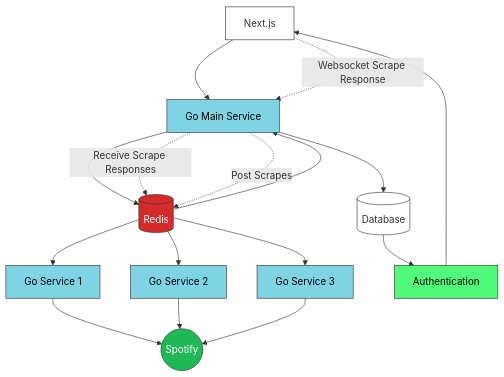
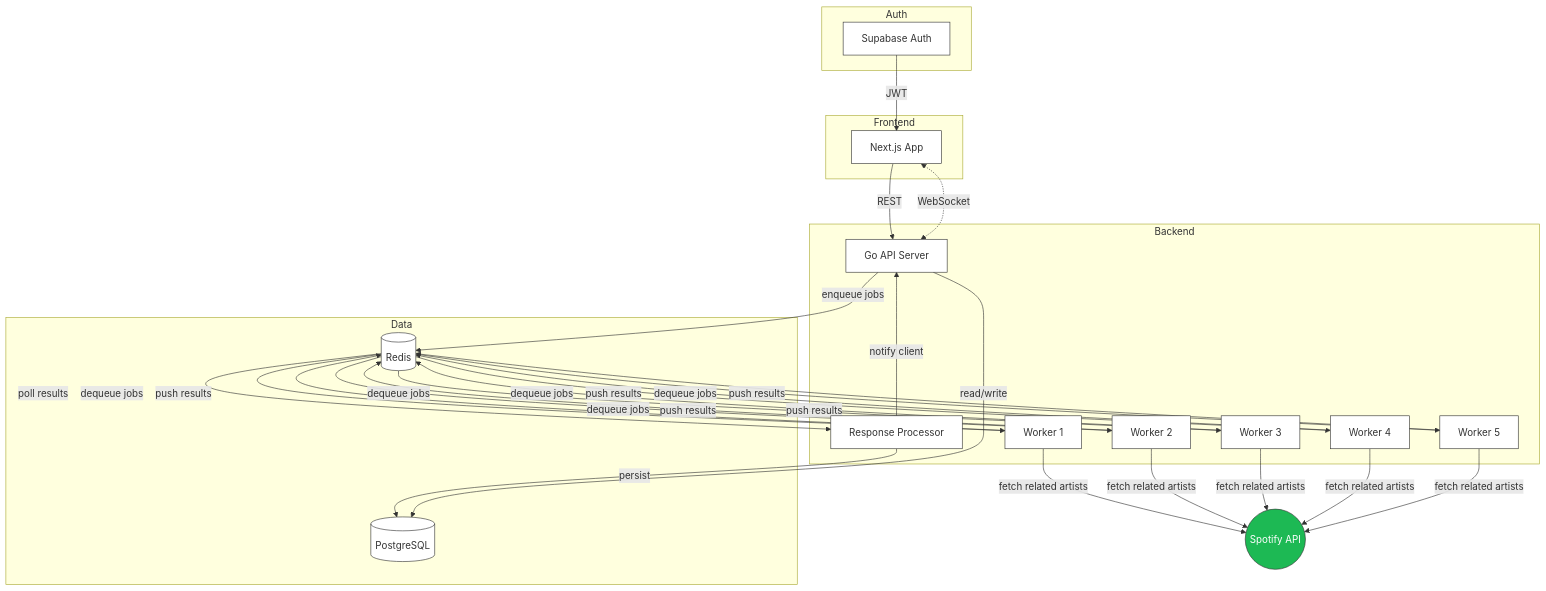
Before and after one commit to simonbalfe/shrillecho: the first of 2 diagrams in README.md, drawn with Mermaid. The commit also changed other lines of this file, not shown here.

Commit message:
Update README with accurate project docs and mermaid diagrams

````diff
--- a/README.md
+++ b/README.md
@@ -22,38 +18,45 @@
 ```mermaid
 flowchart TD
-    Next[Next.js]
-    DB[(Database)]
-    Redis[(Redis)]:::redis
-    Spotify((Spotify)):::spotify
-    Go1[Go Service 1]:::go
-    Go2[Go Service 2]:::go
-    Go3[Go Service 3]:::go
-    GoMain[Go Main Service]:::go
-    Auth[Authentication]:::auth
+    subgraph Frontend
+        UI[Next.js App]
+    end
 
-    Auth --> Next
-    Next --> GoMain
-    GoMain --> DB
-    DB --> Auth
-    
-    GoMain --> Redis
-    Redis --> GoMain
-    
-    Redis --> Go1
-    Redis --> Go2
-    Redis --> Go3
-    
-    Go1 --> Spotify
-    Go2 --> Spotify
-    Go3 --> Spotify
+    subgraph Auth
+        Supa[Supabase Auth]
+    end
 
-    Next -.->|Websocket Scrape Response| GoMain
-    GoMain -.->|Receive Scrape Responses| Redis
-    GoMain -.->|Post Scrapes| Redis
+    subgraph Backend
+        API[Go API Server]
+        W1[Worker 1]
+        W2[Worker 2]
+        W3[Worker 3]
+        W4[Worker 4]
+        W5[Worker 5]
+        RP[Response Processor]
+    end
+
+    subgraph Data
+        PG[(PostgreSQL)]
+        RD[(Redis)]
+    end
+
+    Spotify((Spotify API))
+
+    Supa -->|JWT| UI
+    UI -->|REST| API
+    UI <-.->|WebSocket| API
+
+    API -->|enqueue jobs| RD
+    RD -->|dequeue jobs| W1 & W2 & W3 & W4 & W5
+    W1 & W2 & W3 & W4 & W5 -->|fetch related artists| Spotify
+    W1 & W2 & W3 & W4 & W5 -->|push results| RD
+    RD -->|poll results| RP
+    RP -->|persist| PG
+    RP -->|notify client| API
+
+    API -->|read/write| PG
 
     classDef default fill:#fff,stroke:#333
-    classDef go fill:#7FD4E4,stroke:#333,color:#000
-    classDef auth fill:#50FA7B,stroke:#333,color:#000
-    classDef redis fill:#D42A2A,stroke:#333,color:#fff
     classDef spotify fill:#1DB954,stroke:#333,color:#fff
+    class Spotify spotify
 ```
````
